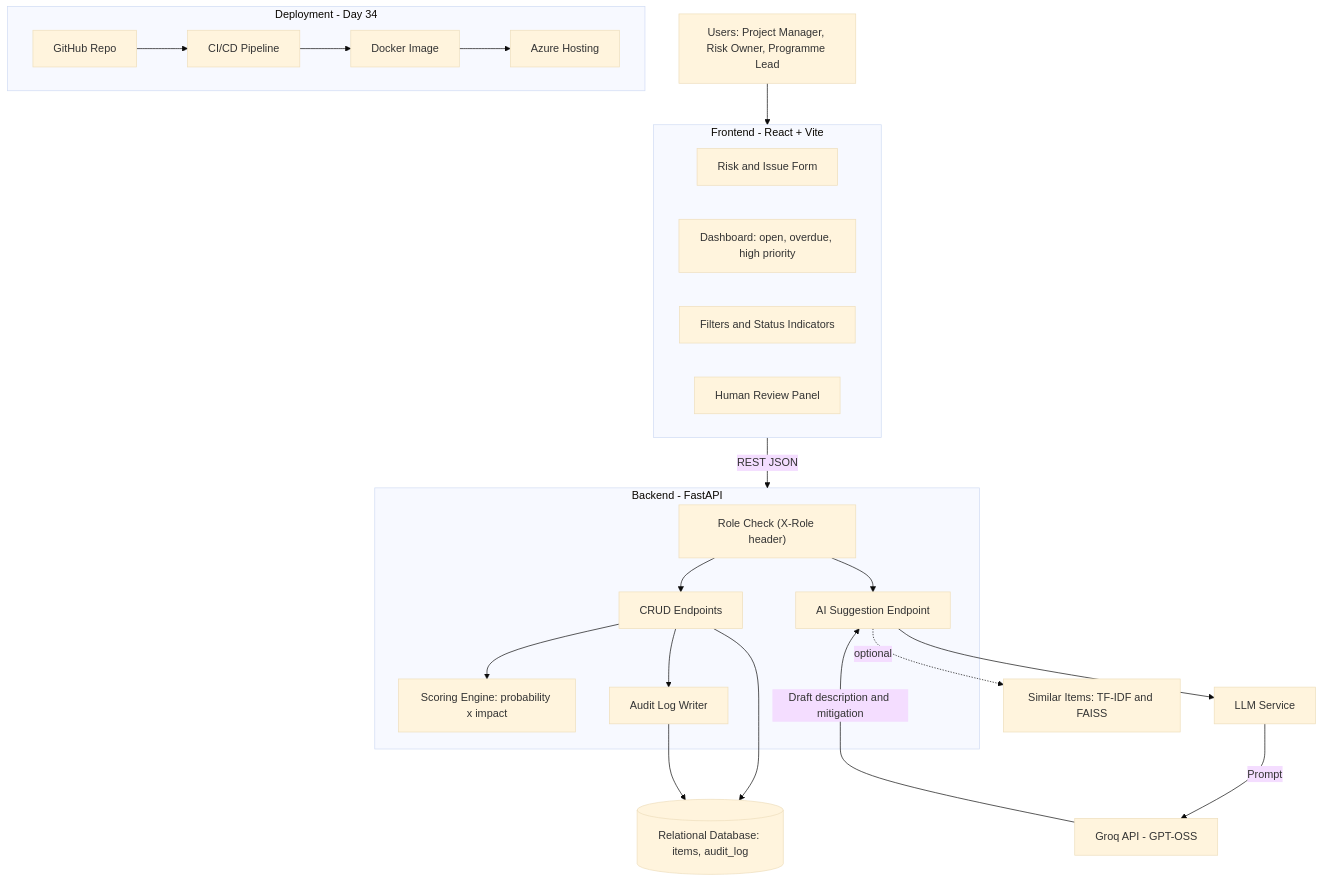
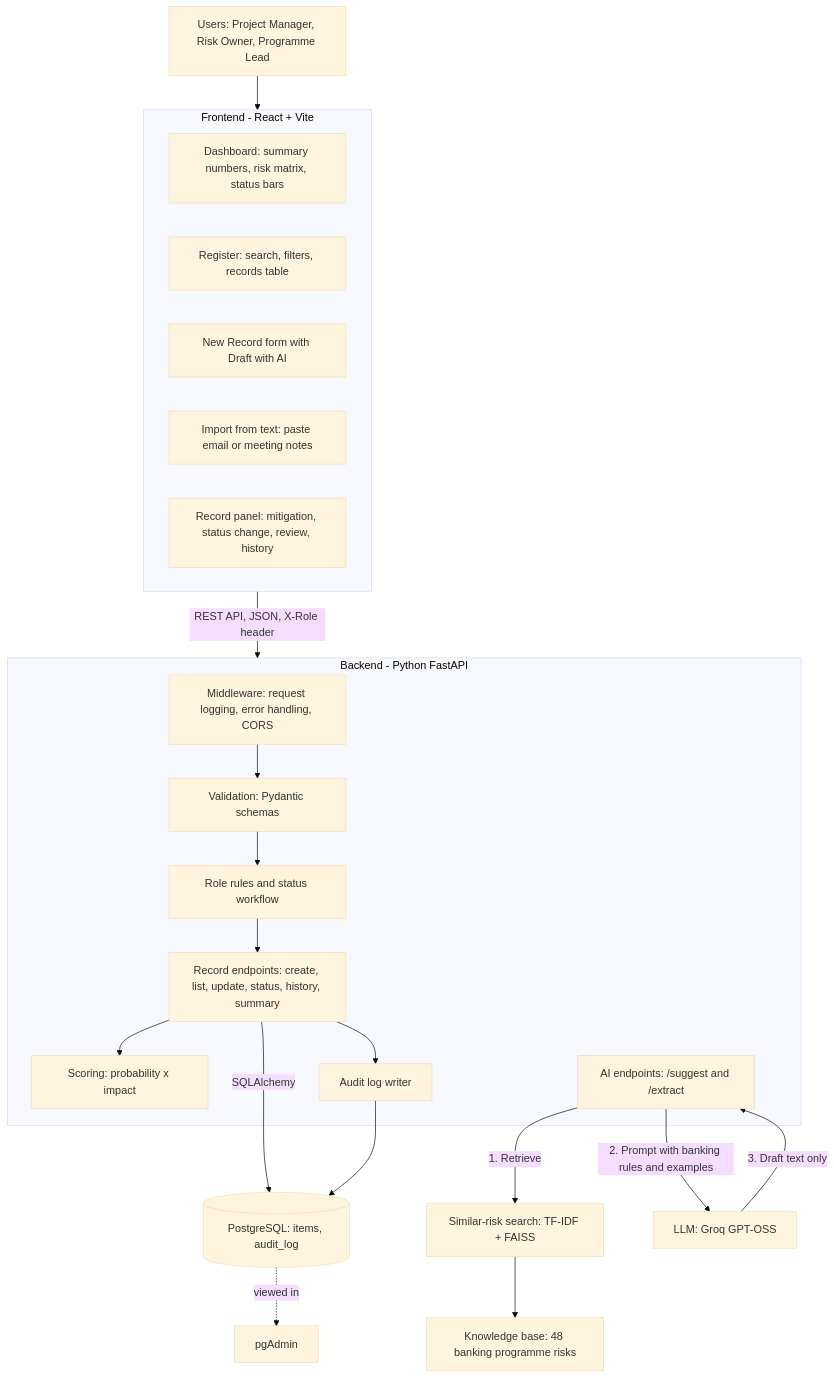
Before and after one commit to hershul12/ai-risk-issue-assistant: the first of 2 diagrams in docs/architecture.md, drawn with Mermaid (base theme). The commit also changed other lines of this file, not shown here.

Commit message:
Update architecture to match current project

````diff
--- a/docs/architecture.md
+++ b/docs/architecture.md
@@ -3,38 +8,37 @@
 ```mermaid
 flowchart TB
     U["Users: Project Manager, Risk Owner, Programme Lead"] --> UI
 
     subgraph UI["Frontend - React + Vite"]
-        FORM["Risk and Issue Form"]
-        DASH["Dashboard: open, overdue, high priority"]
-        FILT["Filters and Status Indicators"]
-        REV["Human Review Panel"]
+        DASH["Dashboard: summary numbers, risk matrix, status bars"]
+        REG["Register: search, filters, records table"]
+        FORM["New Record form with Draft with AI"]
+        IMP["Import from text: paste email or meeting notes"]
+        DRAW["Record panel: mitigation, status change, review, history"]
     end
 
-    UI -->|"REST JSON"| API
+    UI -->|"REST API, JSON, X-Role header"| API
 
-    subgraph API["Backend - FastAPI"]
-        AUTH["Role Check (X-Role header)"]
-        CRUD["CRUD Endpoints"]
-        SCORE["Scoring Engine: probability x impact"]
-        SUGG["AI Suggestion Endpoint"]
-        AUDIT["Audit Log Writer"]
-        AUTH --> CRUD
-        AUTH --> SUGG
+    subgraph API["Backend - Python FastAPI"]
+        MW["Middleware: request logging, error handling, CORS"]
+        VAL["Validation: Pydantic schemas"]
+        ROLE["Role rules and status workflow"]
+        CRUD["Record endpoints: create, list, update, status, history, summary"]
+        SCORE["Scoring: probability x impact"]
+        AUDIT["Audit log writer"]
+        SUGG["AI endpoints: /suggest and /extract"]
+        MW --> VAL --> ROLE
+        ROLE --> CRUD
         CRUD --> SCORE
         CRUD --> AUDIT
     end
 
-    CRUD --> DB[("Relational Database: items, audit_log")]
+    CRUD -->|"SQLAlchemy"| DB[("PostgreSQL: items, audit_log")]
     AUDIT --> DB
-    SUGG --> LLM["LLM Service"]
-    LLM -->|"Prompt"| GROQ["Groq API - GPT-OSS"]
-    GROQ -->|"Draft description and mitigation"| SUGG
-    SUGG -.->|"optional"| SIM["Similar Items: TF-IDF and FAISS"]
+    DB -.->|"viewed in"| PGA["pgAdmin"]
 
-    subgraph DEVOPS["Deployment - Day 34"]
-        GH["GitHub Repo"] --> CICD["CI/CD Pipeline"]
-        CICD --> DOCKER["Docker Image"]
-        DOCKER --> AZURE["Azure Hosting"]
-    end
+    SUGG -->|"1. Retrieve"| RAG["Similar-risk search: TF-IDF + FAISS"]
+    RAG --> KB["Knowledge base: 48 banking programme risks"]
+    SUGG -->|"2. Prompt with banking rules and examples"| LLM["LLM: Groq GPT-OSS"]
+    LLM -->|"3. Draft text only"| SUGG
 ```
````
